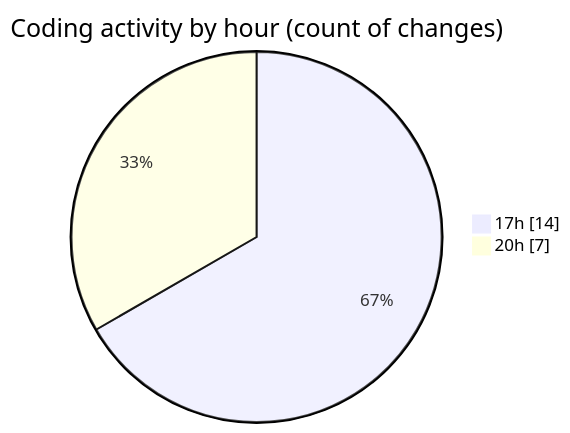
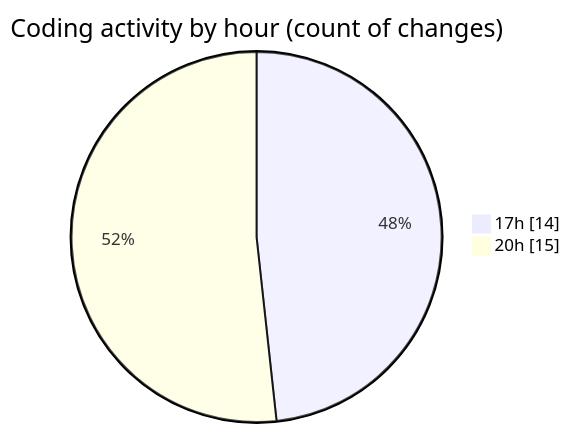
Before and after one commit to charlie-sans/code-tracking: the second of 2 diagrams in 2025-03-11/jmasm/README.md, drawn with Mermaid. The commit also changed other lines of this file and 1 other file, not shown here.

````diff
--- a/2025-03-11/jmasm/README.md
+++ b/2025-03-11/jmasm/README.md
@@ -35,6 +35,6 @@
 ```mermaid
 pie showData
 title Coding activity by hour (count of changes)
 "17h" : 14
-"20h" : 7
+"20h" : 15
 ```
````
